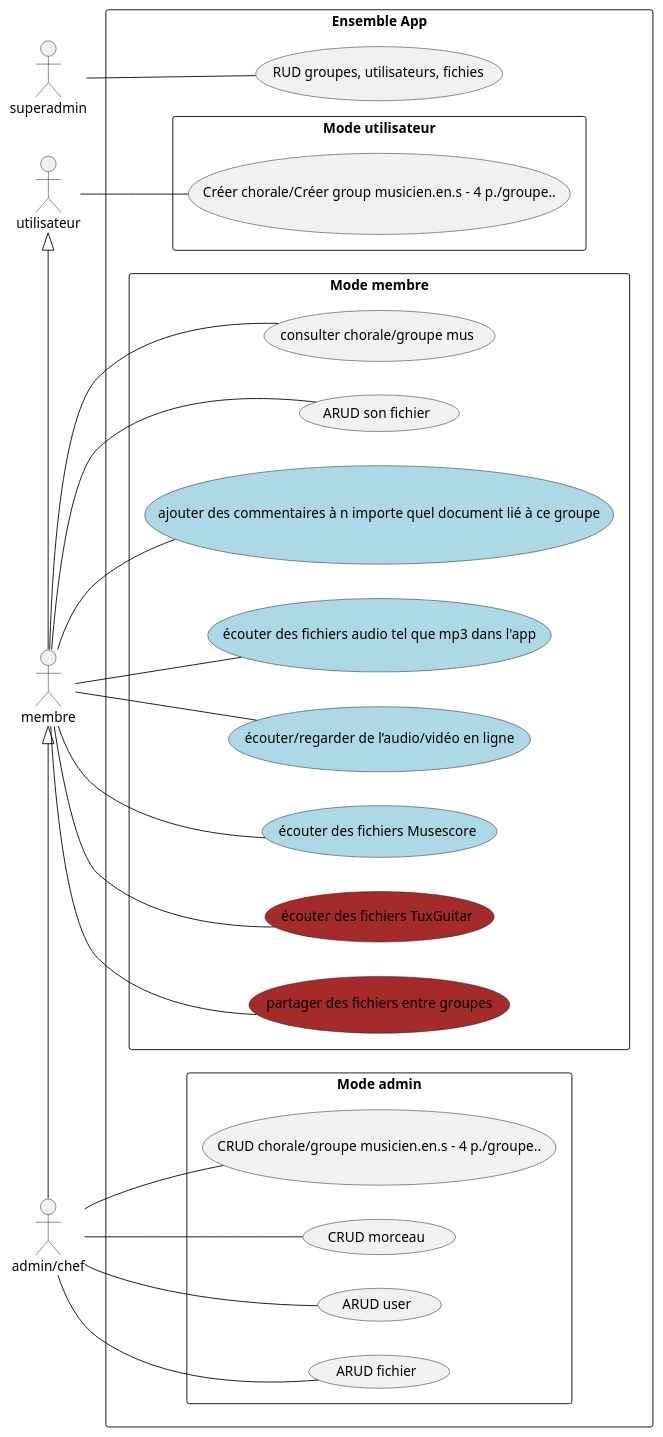
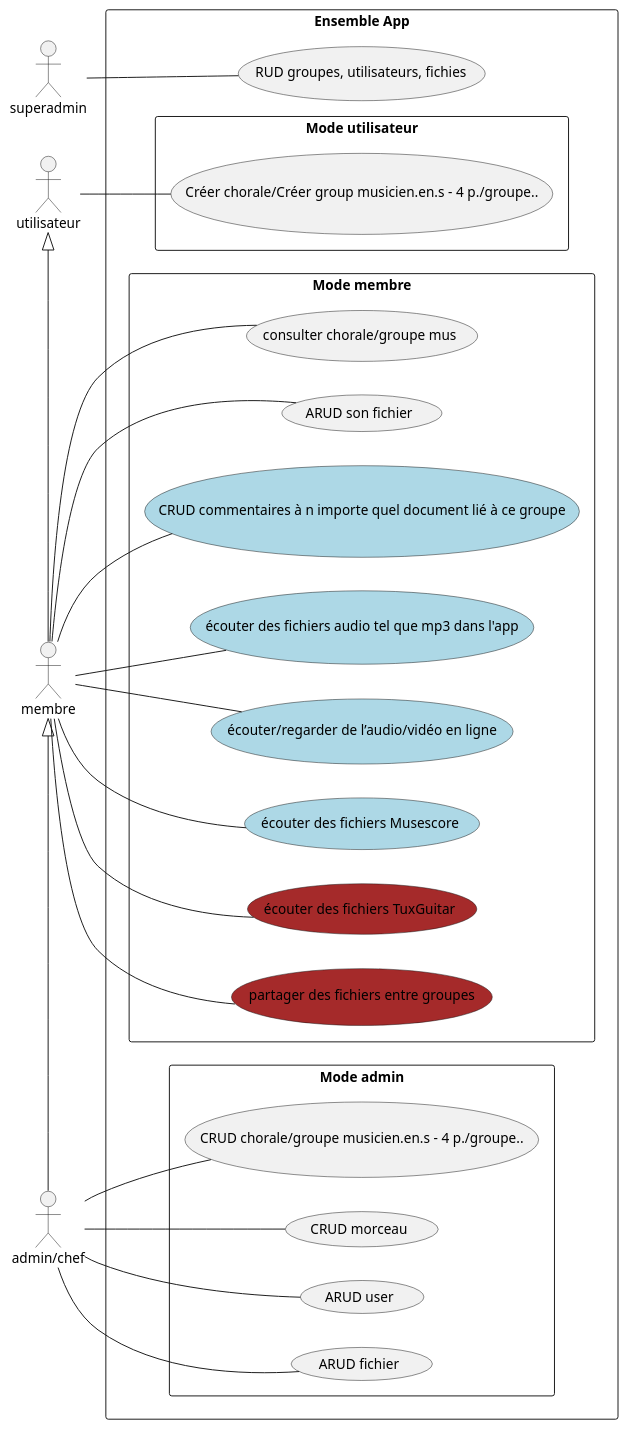
The diagram in diagramme/Andrii/UseCaseF.puml (MMA-by-AFPA-students/ScoreManagement), drawn with PlantUML before and after one commit. The commit also changed 2 other files, not shown here.

```diff
--- a/diagramme/Andrii/UseCaseF.puml
+++ b/diagramme/Andrii/UseCaseF.puml
@@ -1,56 +1,56 @@
 @startuml
 left to right direction
 
 rectangle "Ensemble App" as ea{
     (RUD groupes, utilisateurs, fichies) as rud
 rectangle "Mode utilisateur" as mm{
     (Créer chorale/Créer group musicien.en.s - 4 p./groupe..) as ccm
 }
 rectangle "Mode admin" as ma{
     (CRUD chorale/groupe musicien.en.s - 4 p./groupe..) as cca
     (CRUD morceau) as mora
     (ARUD user) as aus
     (ARUD fichier) as af
 }
 rectangle "Mode membre" as mu{
     (consulter chorale/groupe mus) as cu
     (ARUD son fichier) as afu
-    #LightBlue(ajouter des commentaires à n importe quel document lié à ce groupe) as ac
+    #LightBlue(CRUD commentaires à n importe quel document lié à ce groupe) as ac
     #LightBlue(écouter des fichiers audio tel que mp3 dans l'app) as eau
     #LightBlue(écouter/regarder de l’audio/vidéo en ligne) as erl
     #LightBlue(écouter des fichiers Musescore) as em
     #Brown(écouter des fichiers TuxGuitar) as et
     #Brown(partager des fichiers entre groupes) as pg
 }
 
 }
 
 :superadmin: as sa
 :admin/chef: as a
 :utilisateur: as m 
 :membre: as u
 
 sa--rud
 
 a--cca
 a -- aus
 a -- mora
 a -- af
 
 u--cu
 u -- afu
 u -- ac
 u -- eau
 u -- erl
 u -- em
 u --et
 u -- pg
 
 m -- ccm
 
 m <|-right- u
 u <|-right- a
 m <|-left[hidden]- sa
 
 
 @enduml
```
